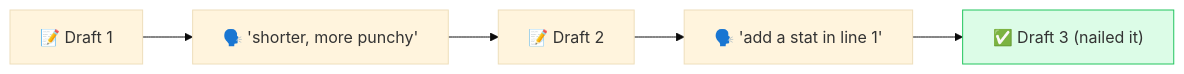
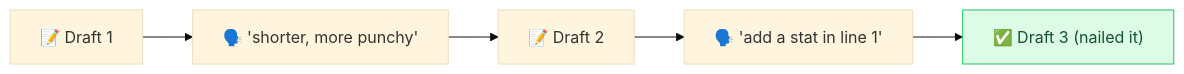
The diagram in techniques/iterative-refinement.md (behnia137/prompt-engineering-visual), drawn with Mermaid (base theme) before and after one commit. The commit also changed 24 other files, not shown here.

First line of the commit message:
Fix Mermaid: escaped-quote parse errors + dark-mode text contrast

````diff
--- a/techniques/iterative-refinement.md
+++ b/techniques/iterative-refinement.md
@@ -7,8 +7,8 @@
 ```mermaid
 flowchart LR
     D["📝 Draft 1"] --> F1["🗣️ 'shorter, more punchy'"]
     F1 --> D2["📝 Draft 2"]
     D2 --> F2["🗣️ 'add a stat in line 1'"]
     F2 --> D3["✅ Draft 3 (nailed it)"]
-    style D3 fill:#dcfce7,stroke:#22c55e
+    style D3 fill:#dcfce7,stroke:#22c55e,color:#14532d
 ```
````
